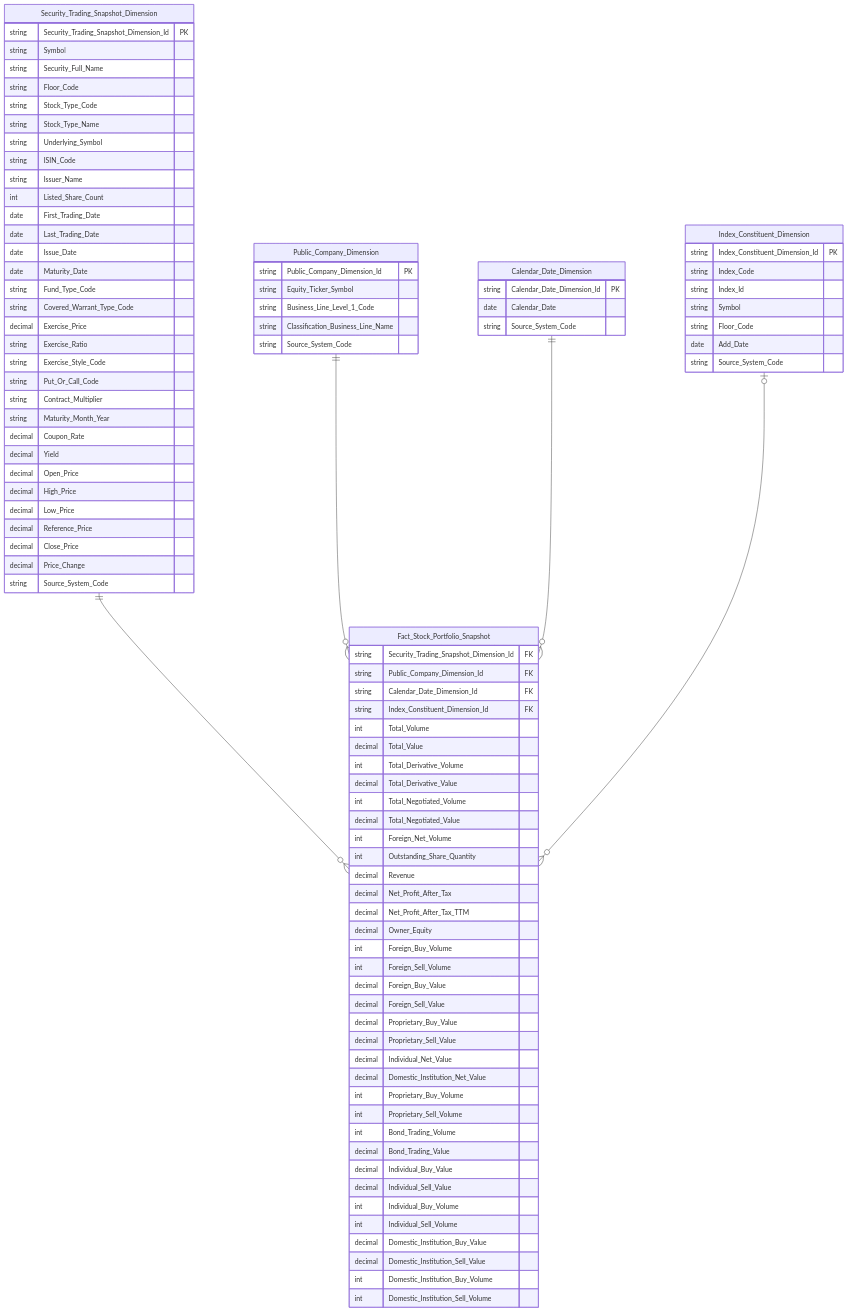
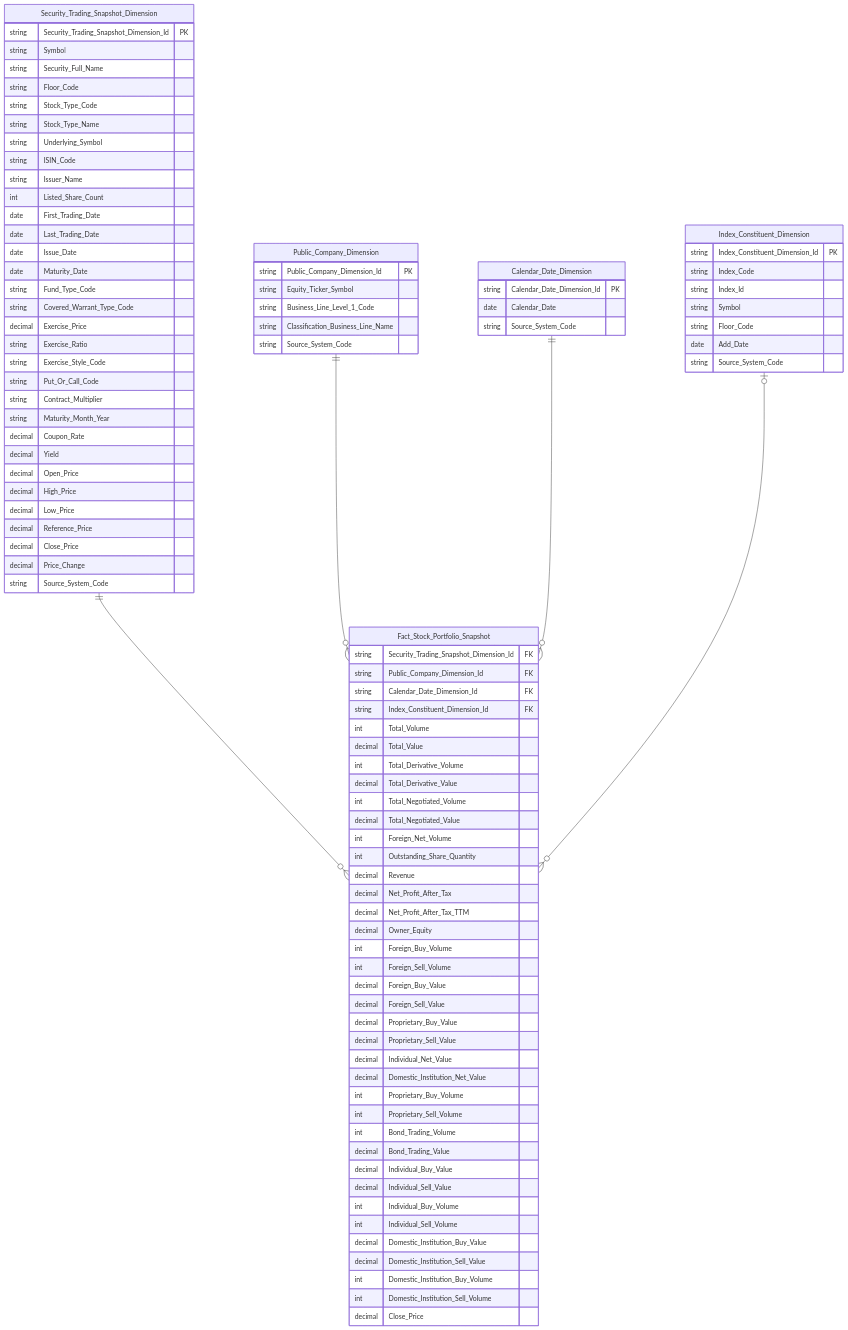
The fifth of 59 diagrams in Datamart/hld/DTM_GSTT_HLD.md (linhlvit/ubck_atomic_design), drawn with Mermaid before and after one commit. The commit also changed other lines of this file and 7 other files, not shown here.

```diff
--- a/Datamart/hld/DTM_GSTT_HLD.md
+++ b/Datamart/hld/DTM_GSTT_HLD.md
@@ -270,6 +270,7 @@
         decimal Domestic_Institution_Sell_Value
         int Domestic_Institution_Buy_Volume
         int Domestic_Institution_Sell_Volume
+        decimal Close_Price
     }
     Security_Trading_Snapshot_Dimension ||--o{ Fact_Stock_Portfolio_Snapshot : " "
     Public_Company_Dimension ||--o{ Fact_Stock_Portfolio_Snapshot : " "
```
